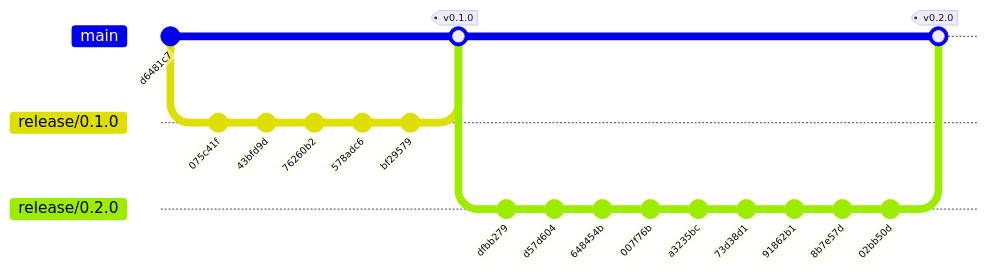
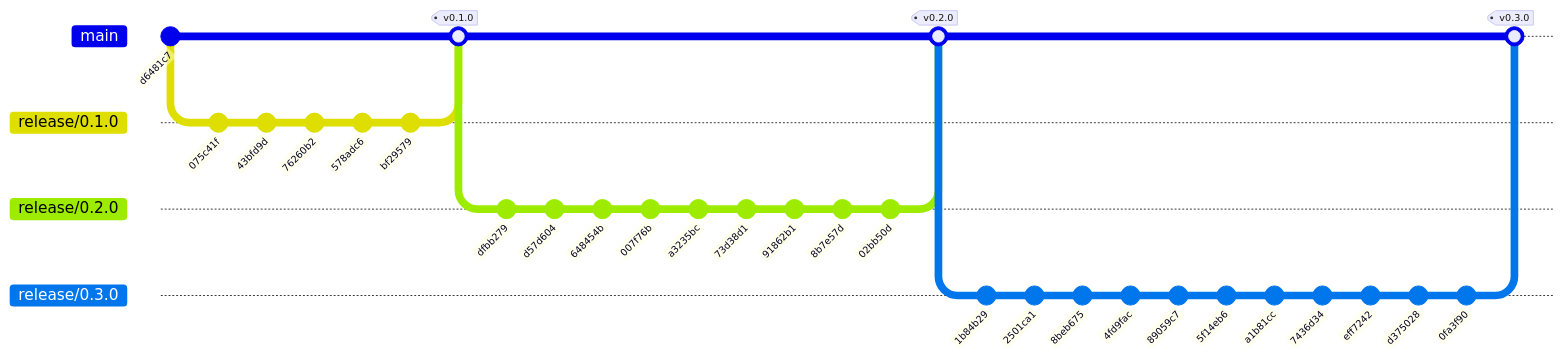
One commit to higerotech/yggdrasil changed the first of 2 diagrams in docs/03-implementation/repo-history.md. Above: the diagram before and after it, drawn with Mermaid. The commit also changed other lines of this file and 1 other file, not shown here.

````diff
--- a/docs/03-implementation/repo-history.md
+++ b/docs/03-implementation/repo-history.md
@@ -18,26 +18,41 @@
 ```mermaid
 gitGraph
     commit id: "d6481c7"
     branch release/0.1.0
     checkout release/0.1.0
     commit id: "075c41f"
     commit id: "43bfd9d"
     commit id: "76260b2"
     commit id: "578adc6"
     commit id: "bf29579"
     checkout main
     merge release/0.1.0 tag: "v0.1.0"
     branch release/0.2.0
     checkout release/0.2.0
     commit id: "dfbb279"
     commit id: "d57d604"
     commit id: "648454b"
     commit id: "007f76b"
     commit id: "a3235bc"
     commit id: "73d38d1"
     commit id: "91862b1"
     commit id: "8b7e57d"
     commit id: "02bb50d"
     checkout main
     merge release/0.2.0 tag: "v0.2.0"
+    branch release/0.3.0
+    checkout release/0.3.0
+    commit id: "1b84b29"
+    commit id: "2501ca1"
+    commit id: "8beb675"
+    commit id: "4fd9fac"
+    commit id: "89059c7"
+    commit id: "5f14eb6"
+    commit id: "a1b81cc"
+    commit id: "7436d34"
+    commit id: "eff7242"
+    commit id: "d375028"
+    commit id: "0fa3f90"
+    checkout main
+    merge release/0.3.0 tag: "v0.3.0"
 ```
````
